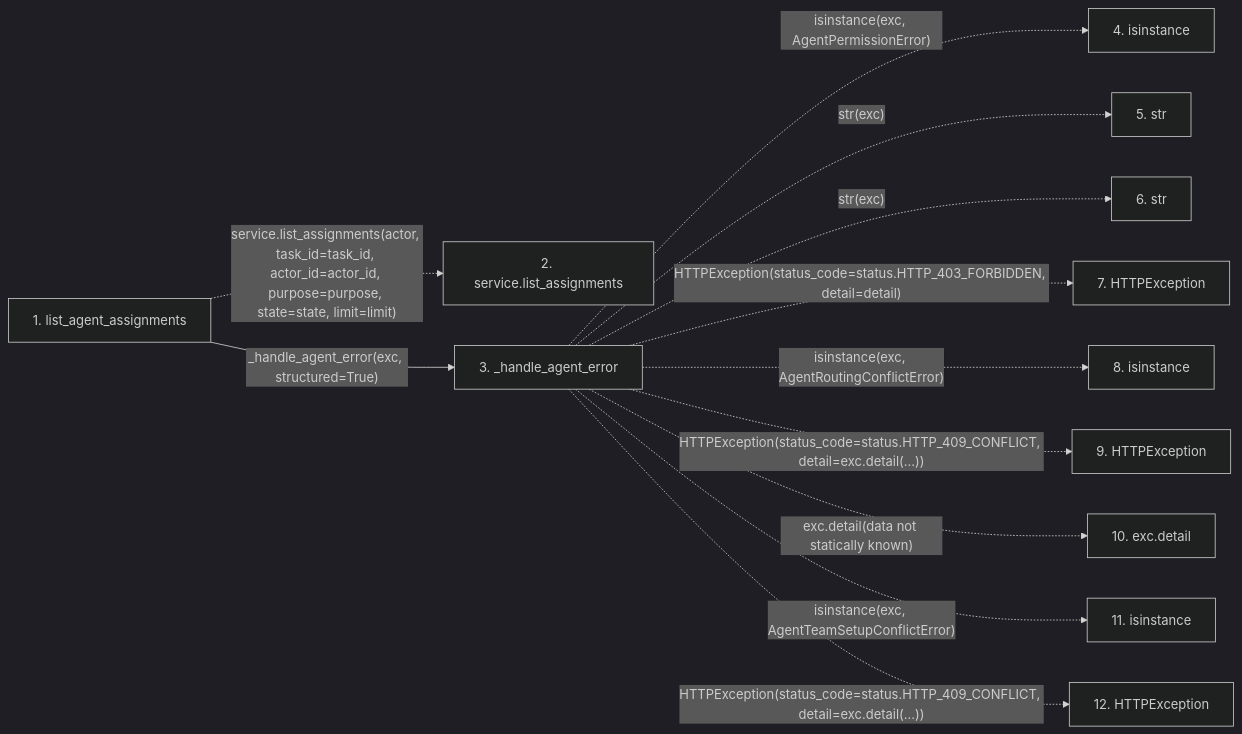
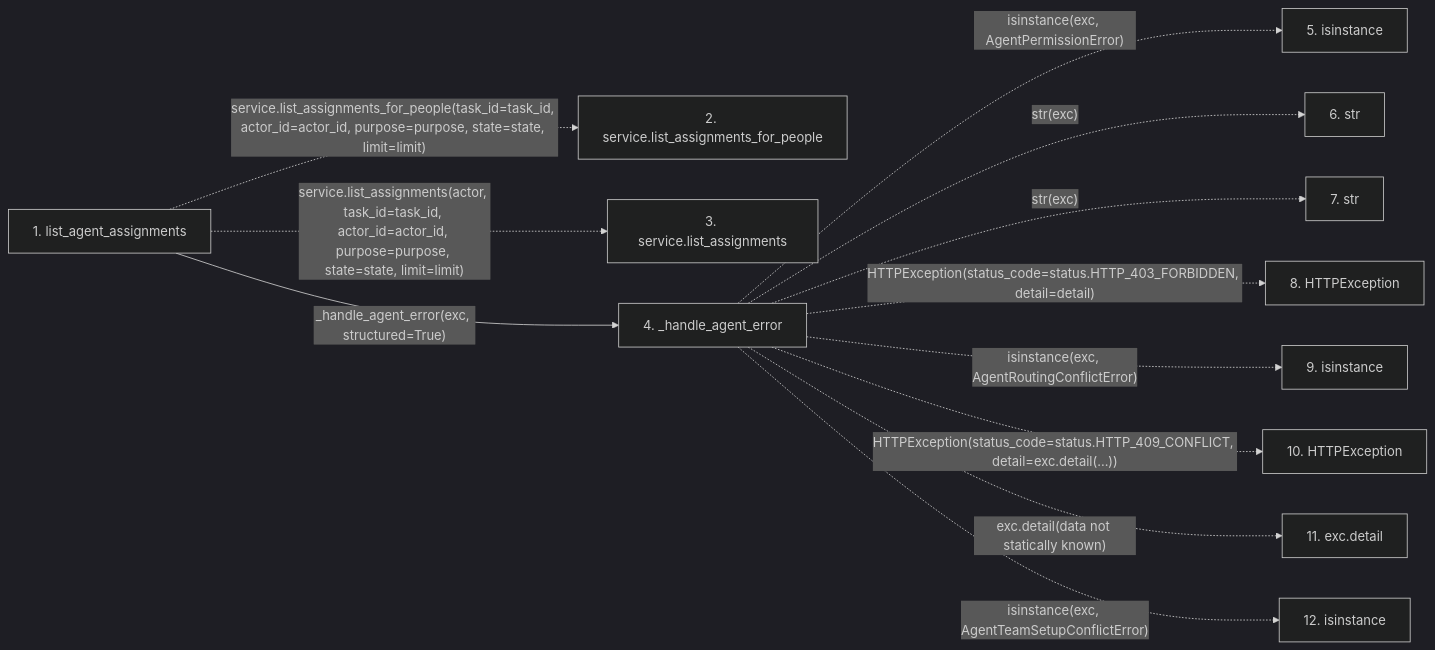
Before and after one commit to Denissvgn/WorkChord: the second of 2 diagrams in docs/llm_wiki/flows/http-list_agent_assignments.md, drawn with Mermaid (dark theme). The commit also changed other lines of this file and 853 other files, not shown here.

````diff
--- a/docs/llm_wiki/flows/http-list_agent_assignments.md
+++ b/docs/llm_wiki/flows/http-list_agent_assignments.md
@@ -84,28 +86,28 @@
 ```mermaid
 flowchart LR
     s1["1. list_agent_assignments"]
-    s2["2. service.list_assignments"]
-    s3["3. _handle_agent_error"]
-    s4["4. isinstance"]
-    s5["5. str"]
+    s2["2. service.list_assignments_for_people"]
+    s3["3. service.list_assignments"]
+    s4["4. _handle_agent_error"]
+    s5["5. isinstance"]
     s6["6. str"]
-    s7["7. HTTPException"]
-    s8["8. isinstance"]
-    s9["9. HTTPException"]
-    s10["10. exc.detail"]
-    s11["11. isinstance"]
-    s12["12. HTTPException"]
-    s1 -. "service.list_assignments(actor, task_id=task_id, actor_id=actor_id, purpose=purpose, state=state, limit=limit)" .-> s2
-    s1 -->|"_handle_agent_error(exc, structured=True)"| s3
-    s3 -. "isinstance(exc, AgentPermissionError)" .-> s4
-    s3 -. "str(exc)" .-> s5
-    s3 -. "str(exc)" .-> s6
-    s3 -. "HTTPException(status_code=status.HTTP_403_FORBIDDEN, detail=detail)" .-> s7
-    s3 -. "isinstance(exc, AgentRoutingConflictError)" .-> s8
-    s3 -. "HTTPException(status_code=status.HTTP_409_CONFLICT, detail=exc.detail(...))" .-> s9
-    s3 -. "exc.detail(data not statically known)" .-> s10
-    s3 -. "isinstance(exc, AgentTeamSetupConflictError)" .-> s11
-    s3 -. "HTTPException(status_code=status.HTTP_409_CONFLICT, detail=exc.detail(...))" .-> s12
+    s7["7. str"]
+    s8["8. HTTPException"]
+    s9["9. isinstance"]
+    s10["10. HTTPException"]
+    s11["11. exc.detail"]
+    s12["12. isinstance"]
+    s1 -. "service.list_assignments_for_people(task_id=task_id, actor_id=actor_id, purpose=purpose, state=state, limit=limit)" .-> s2
+    s1 -. "service.list_assignments(actor, task_id=task_id, actor_id=actor_id, purpose=purpose, state=state, limit=limit)" .-> s3
+    s1 -->|"_handle_agent_error(exc, structured=True)"| s4
+    s4 -. "isinstance(exc, AgentPermissionError)" .-> s5
+    s4 -. "str(exc)" .-> s6
+    s4 -. "str(exc)" .-> s7
+    s4 -. "HTTPException(status_code=status.HTTP_403_FORBIDDEN, detail=detail)" .-> s8
+    s4 -. "isinstance(exc, AgentRoutingConflictError)" .-> s9
+    s4 -. "HTTPException(status_code=status.HTTP_409_CONFLICT, detail=exc.detail(...))" .-> s10
+    s4 -. "exc.detail(data not statically known)" .-> s11
+    s4 -. "isinstance(exc, AgentTeamSetupConflictError)" .-> s12
     click s1 "../modules/routers_agent.md"
-    click s3 "../modules/routers_agent.md"
+    click s4 "../modules/routers_agent.md"
 ```
````
